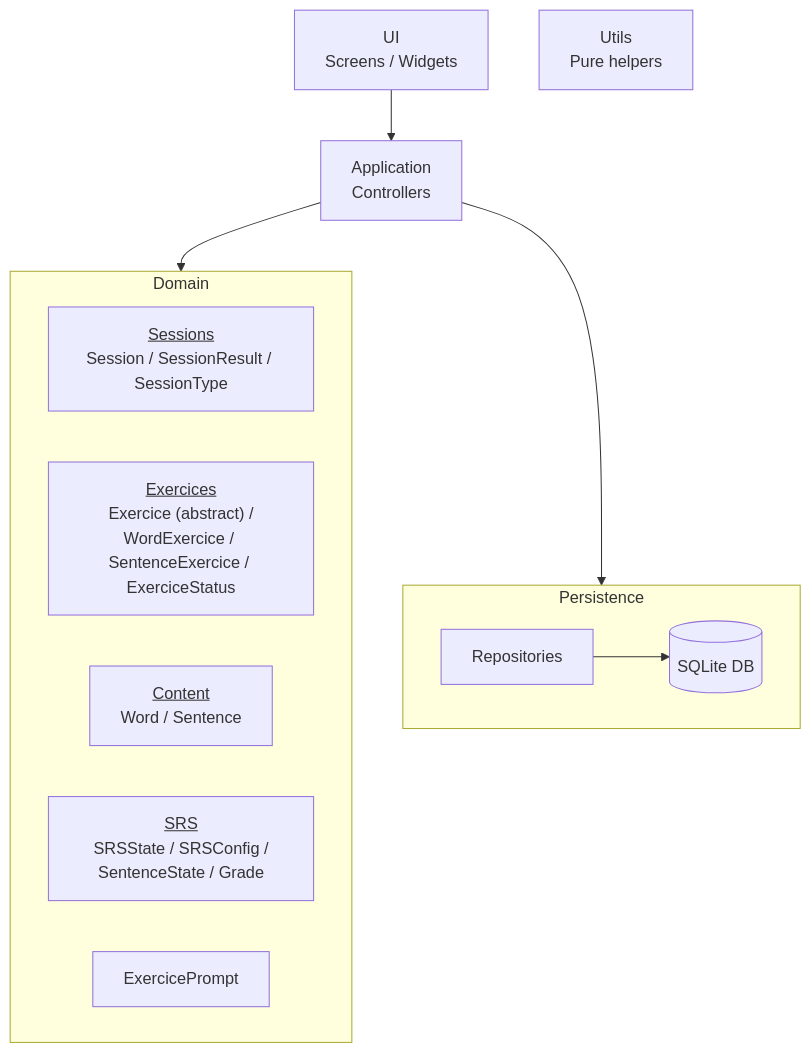
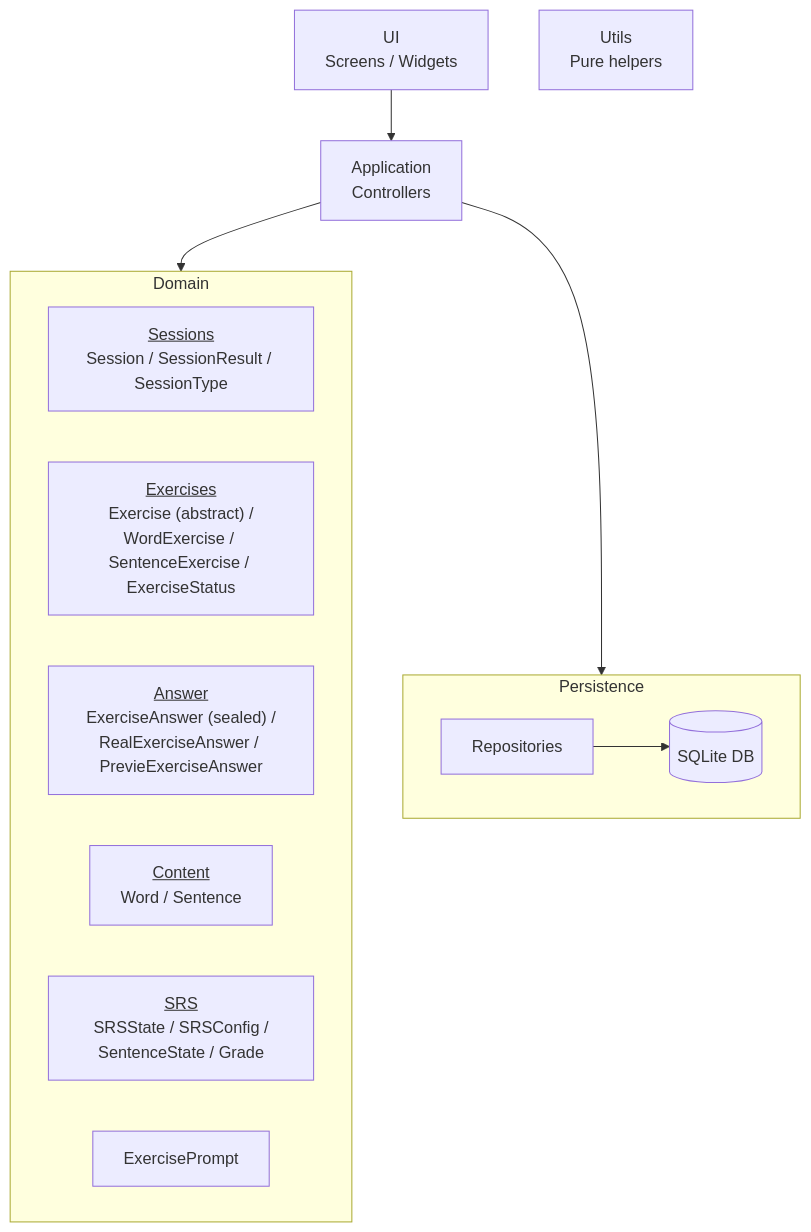
One commit to Antoine-Lagache/psitta changed the diagram in docs/architecture/overview.md. Above: the diagram before and after it, drawn with Mermaid. The commit also changed other lines of this file and 43 other files, not shown here.

````diff
--- a/docs/architecture/overview.md
+++ b/docs/architecture/overview.md
@@ -12,33 +12,34 @@
 ```mermaid
 flowchart TD
     %% UI
     UI["UI<br/>Screens / Widgets"]
 
     %% Application
     APP["Application<br/>Controllers"]
 
     %% Domain (with internal structure)
     subgraph DOM["Domain"]
         DOM_SESS["<u>Sessions</u><br/>Session / SessionResult / SessionType"]
-        DOM_EXO["<u>Exercices</u><br/> Exercice (abstract) / WordExercice / SentenceExercice / ExerciceStatus"]
+        DOM_EXO["<u>Exercises</u><br/> Exercise (abstract) / WordExercise / SentenceExercise / ExerciseStatus"]
+        DOM_ANSWER["<u>Answer</u><br/> ExerciseAnswer (sealed) / RealExerciseAnswer / PrevieExerciseAnswer"]
         DOM_CONTENT["<u>Content</u><br/> Word / Sentence"]
         DOM_SRS["<u>SRS</u><br/> SRSState / SRSConfig / SentenceState / Grade"]
-        DOM_PROMPT["ExercicePrompt"]
+        DOM_PROMPT["ExercisePrompt"]
     end
 
     %% Persistence
     subgraph PERS["Persistence"]
         REPO["Repositories"]
         DB[(SQLite DB)]
         REPO --> DB
     end
 
     %% Utils (transversal, no explicit dependencies)
     UTILS["Utils<br/>Pure helpers"]
 
     %% Main dependencies
     UI --> APP
     APP --> DOM
     APP --> PERS
 
 ```
````
